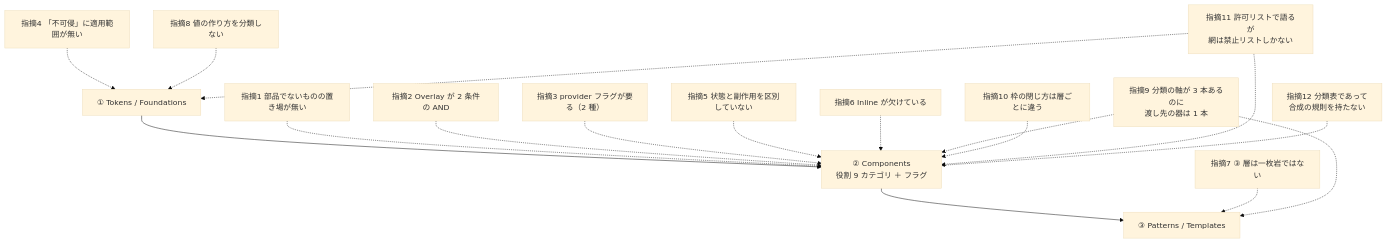
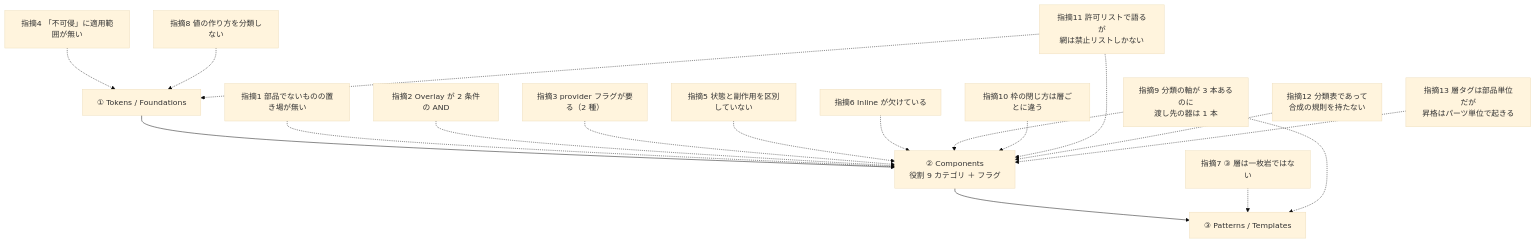
Before and after one commit to yatami0/design: the diagram in docs/共通コンポーネント思想への指摘.md, drawn with Mermaid (base theme). The commit also changed other lines of this file and 18 other files, not shown here.

````diff
--- a/docs/共通コンポーネント思想への指摘.md
+++ b/docs/共通コンポーネント思想への指摘.md
@@ -381,23 +410,24 @@
 ```mermaid
 flowchart TD
   T1["① Tokens / Foundations"]
   T2["② Components<br/>役割 9 カテゴリ ＋ フラグ"]
   T3["③ Patterns / Templates"]
 
   T1 --> T2 --> T3
 
   P4["指摘4 「不可侵」に適用範囲が無い"] -.-> T1
   P8["指摘8 値の作り方を分類しない"] -.-> T1
   P1["指摘1 部品でないものの置き場が無い"] -.-> T2
   P2["指摘2 Overlay が 2 条件の AND"] -.-> T2
   P3["指摘3 provider フラグが要る（2 種）"] -.-> T2
   P5["指摘5 状態と副作用を区別していない"] -.-> T2
   P6["指摘6 Inline が欠けている"] -.-> T2
   P7["指摘7 ③ 層は一枚岩ではない"] -.-> T3
   P9["指摘9 分類の軸が 3 本あるのに<br/>渡し先の器は 1 本"] -.-> T2
   P9 -.-> T3
   P10["指摘10 枠の閉じ方は層ごとに違う"] -.-> T2
   P11["指摘11 許可リストで語るが<br/>網は禁止リストしかない"] -.-> T1
   P11 -.-> T2
   P12["指摘12 分類表であって<br/>合成の規則を持たない"] -.-> T2
+  P13["指摘13 層タグは部品単位だが<br/>昇格はパーツ単位で起きる"] -.-> T2
 ```
````
